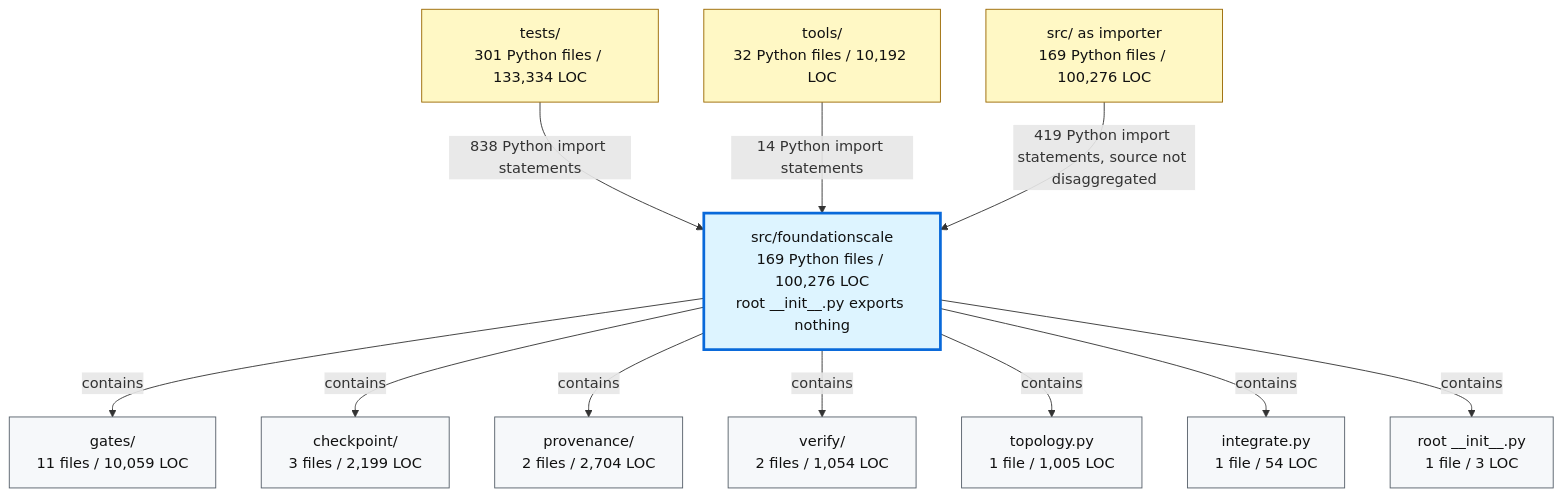
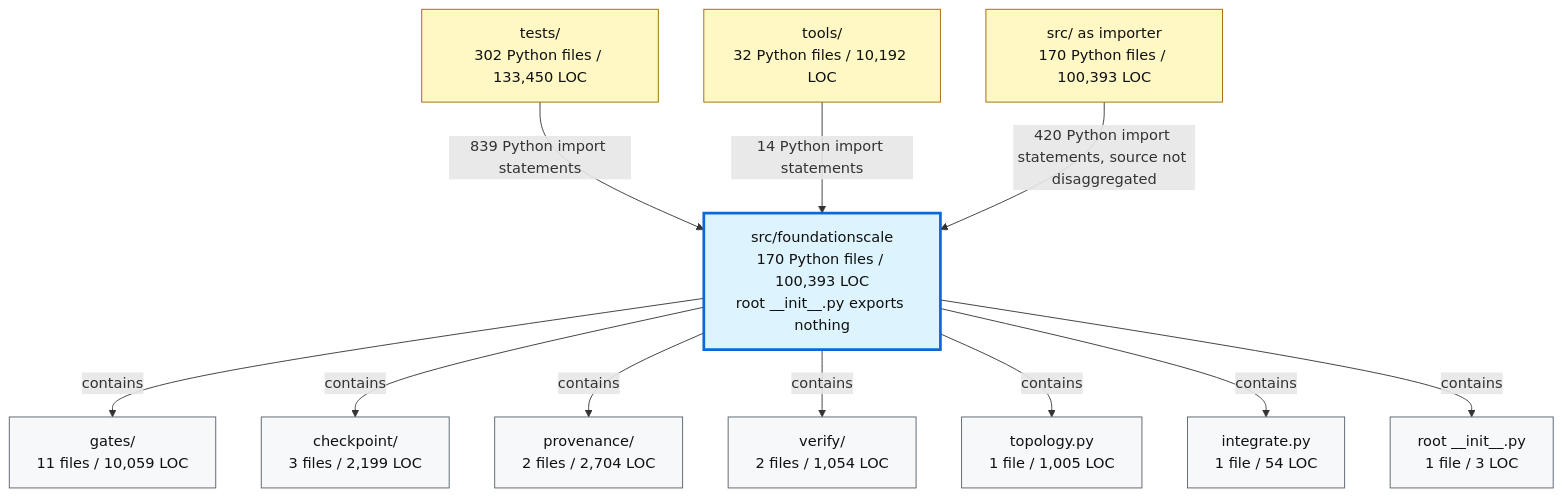
Before and after one commit to TranNhiem/FoundationScale: the second of 2 diagrams in docs/review/D2_current_architecture.md, drawn with Mermaid. The commit also changed other lines of this file and 10 other files, not shown here.

````diff
--- a/docs/review/D2_current_architecture.md
+++ b/docs/review/D2_current_architecture.md
@@ -97,36 +97,36 @@
 ```mermaid
 flowchart TB
-  TESTS["tests/<br/>301 Python files / 133,334 LOC"]
+  TESTS["tests/<br/>302 Python files / 133,450 LOC"]
   TOOLS["tools/<br/>32 Python files / 10,192 LOC"]
-  SRC["src/ as importer<br/>169 Python files / 100,276 LOC"]
+  SRC["src/ as importer<br/>170 Python files / 100,393 LOC"]
 
-  FS["src/foundationscale<br/>169 Python files / 100,276 LOC<br/>root __init__.py exports nothing"]
+  FS["src/foundationscale<br/>170 Python files / 100,393 LOC<br/>root __init__.py exports nothing"]
 
   GATES["gates/<br/>11 files / 10,059 LOC"]
   CKPT["checkpoint/<br/>3 files / 2,199 LOC"]
   PROV["provenance/<br/>2 files / 2,704 LOC"]
   VERIFY["verify/<br/>2 files / 1,054 LOC"]
   TOPO["topology.py<br/>1 file / 1,005 LOC"]
   INTEG["integrate.py<br/>1 file / 54 LOC"]
   ROOT["root __init__.py<br/>1 file / 3 LOC"]
 
-  TESTS -->|"838 Python import statements"| FS
+  TESTS -->|"839 Python import statements"| FS
   TOOLS -->|"14 Python import statements"| FS
-  SRC -->|"419 Python import statements, source not disaggregated"| FS
+  SRC -->|"420 Python import statements, source not disaggregated"| FS
 
   FS -->|"contains"| GATES
   FS -->|"contains"| CKPT
   FS -->|"contains"| PROV
   FS -->|"contains"| VERIFY
   FS -->|"contains"| TOPO
   FS -->|"contains"| INTEG
   FS -->|"contains"| ROOT
 
   classDef consumer fill:#fff8c5,stroke:#9a6700,color:#111;
   classDef package fill:#ddf4ff,stroke:#0969da,stroke-width:3px,color:#111;
   classDef module fill:#f6f8fa,stroke:#57606a,color:#111;
 
   class TESTS,TOOLS,SRC consumer;
   class FS package;
   class GATES,CKPT,PROV,VERIFY,TOPO,INTEG,ROOT module;
 ```
````
